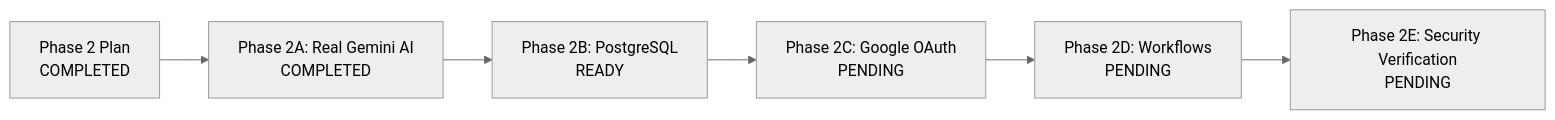
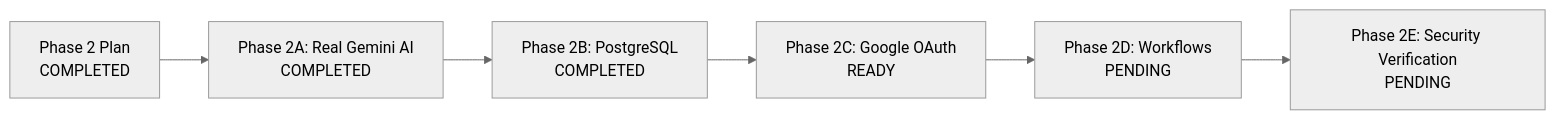
One commit to ganeshaworld/technoai changed the diagram in PHASE_2_PROGRESS.md. Above: the diagram before and after it, drawn with Mermaid (neutral theme). The commit also changed other lines of this file and 10 other files, not shown here.

Commit message:
feat(phase-2b): complete PostgreSQL migration, Alembic versioned migrations, safe export pipeline, and tenant isolation tests

````diff
--- a/PHASE_2_PROGRESS.md
+++ b/PHASE_2_PROGRESS.md
@@ -12,8 +12,8 @@
 ```mermaid
 flowchart LR
     P0["Phase 2 Plan<br/>COMPLETED"] --> P2A["Phase 2A: Real Gemini AI<br/>COMPLETED"]
-    P2A --> P2B["Phase 2B: PostgreSQL<br/>READY"]
-    P2B --> P2C["Phase 2C: Google OAuth<br/>PENDING"]
+    P2A --> P2B["Phase 2B: PostgreSQL<br/>COMPLETED"]
+    P2B --> P2C["Phase 2C: Google OAuth<br/>READY"]
     P2C --> P2D["Phase 2D: Workflows<br/>PENDING"]
     P2D --> P2E["Phase 2E: Security Verification<br/>PENDING"]
 ```
````
